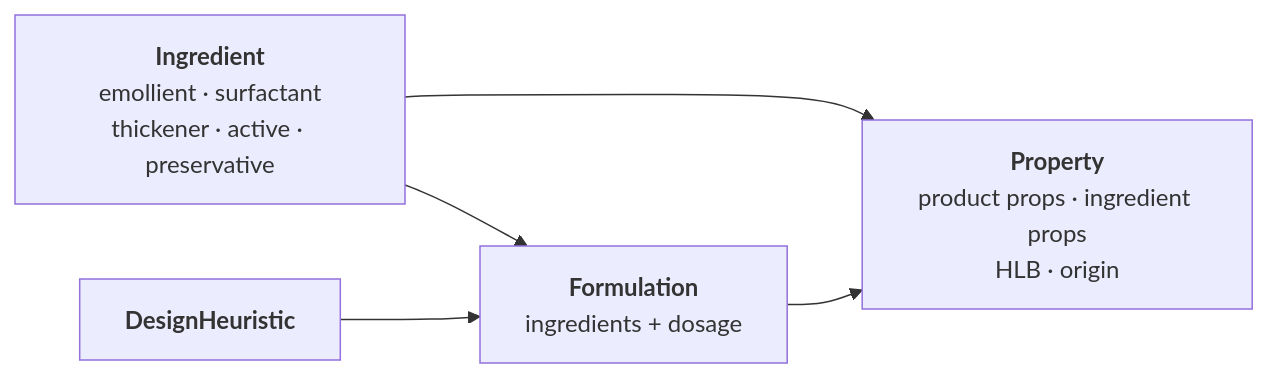
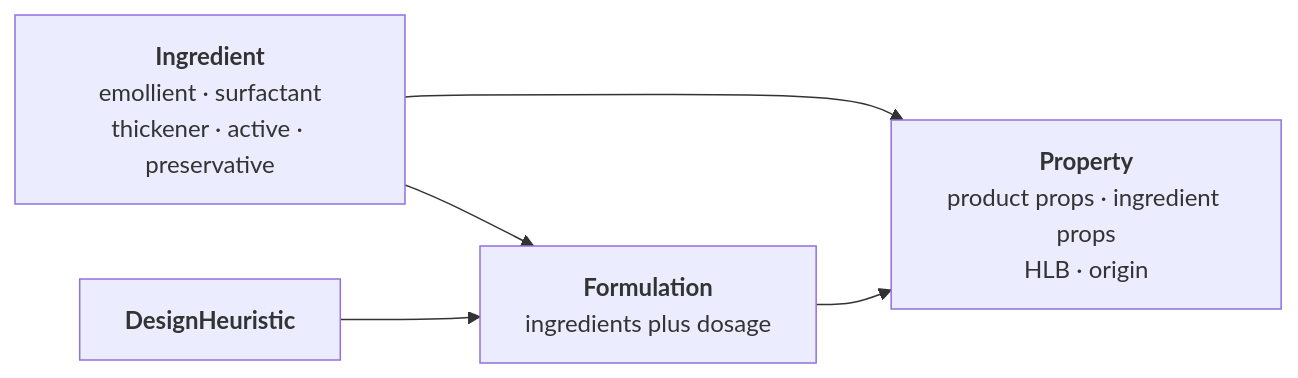
Before and after one commit to devexlynne/A-Multi-Source-Enriched-Skincare-Product-Dataset-for-Knowledge-Graph-Based-Recommendation: the fifth of 8 diagrams in ONTOLOGY_REUSE.md, drawn with Mermaid. The commit also changed other lines of this file and 5 other files, not shown here.

````diff
--- a/ONTOLOGY_REUSE.md
+++ b/ONTOLOGY_REUSE.md
@@ -129,11 +128,11 @@
 ```mermaid
 graph LR
     I["<b>Ingredient</b><br/>emollient · surfactant<br/>thickener · active · preservative"]
-    F["<b>Formulation</b><br/>ingredients + dosage"]
+    F["<b>Formulation</b><br/>ingredients plus dosage"]
     P["<b>Property</b><br/>product props · ingredient props<br/>HLB · origin"]
     H["<b>DesignHeuristic</b>"]
     I --> F
     I --> P
     F --> P
     H --> F
 ```
````
